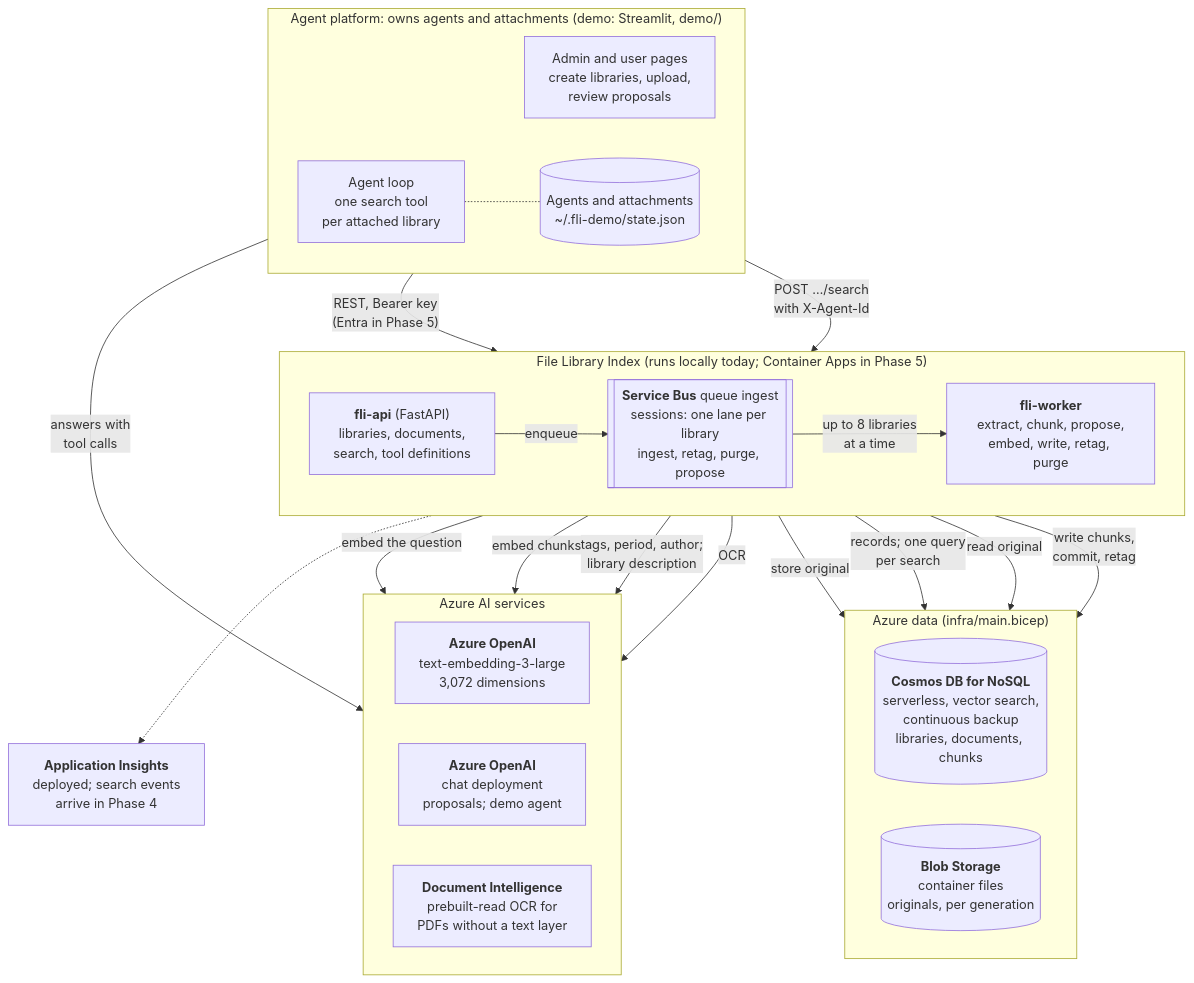
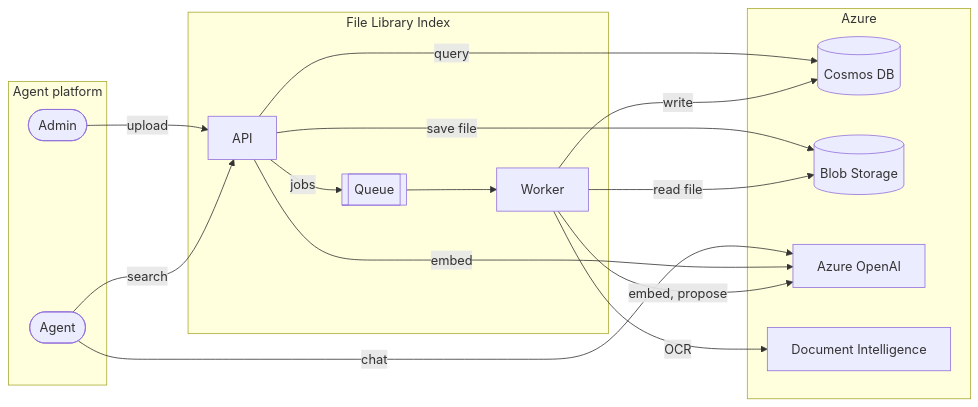
One commit to ASeabrook36/cosmos-based-file-libraries changed the third of 4 diagrams in README.md. Above: the diagram before and after it, drawn with Mermaid. The commit also changed other lines of this file, not shown here.

First line of the commit message:
README: simpler diagrams, details moved into tables

````diff
--- a/README.md
+++ b/README.md
@@ -114,49 +114,29 @@
 ```mermaid
-flowchart TB
-    subgraph platform["Agent platform: owns agents and attachments (demo: Streamlit, demo/)"]
-        direction LR
-        admin["Admin and user pages<br/>create libraries, upload,<br/>review proposals"]
-        agent["Agent loop<br/>one search tool<br/>per attached library"]
-        registry[("Agents and attachments<br/>~/.fli-demo/state.json")]
-        agent -.- registry
+flowchart LR
+    subgraph platform["Agent platform"]
+        admin([Admin])
+        agent([Agent])
     end
-
-    subgraph index["File Library Index (runs locally today; Container Apps in Phase 5)"]
-        direction LR
-        api["<b>fli-api</b> (FastAPI)<br/>libraries, documents,<br/>search, tool definitions"]
-        bus[["<b>Service Bus</b> queue ingest<br/>sessions: one lane per library<br/>ingest, retag, purge, propose"]]
-        worker["<b>fli-worker</b><br/>extract, chunk, propose,<br/>embed, write, retag, purge"]
-        api -- enqueue --> bus -- "up to 8 libraries<br/>at a time" --> worker
+    subgraph index["File Library Index"]
+        api["API"]
+        queue[["Queue"]]
+        worker["Worker"]
     end
-
-    subgraph data["Azure data (infra/main.bicep)"]
-        direction LR
-        cosmos[("<b>Cosmos DB for NoSQL</b><br/>serverless, vector search,<br/>continuous backup<br/>libraries, documents, chunks")]
-        blob[("<b>Blob Storage</b><br/>container files<br/>originals, per generation")]
+    subgraph azure["Azure"]
+        cosmos[("Cosmos DB")]
+        blob[("Blob Storage")]
+        openai["Azure OpenAI"]
+        ocr["Document Intelligence"]
     end
-
-    subgraph ai["Azure AI services"]
-        direction LR
-        embed["<b>Azure OpenAI</b><br/>text-embedding-3-large<br/>3,072 dimensions"]
-        chat["<b>Azure OpenAI</b><br/>chat deployment<br/>proposals; demo agent"]
-        ocr["<b>Document Intelligence</b><br/>prebuilt-read OCR for<br/>PDFs without a text layer"]
-    end
-
-    insights["<b>Application Insights</b><br/>deployed; search events<br/>arrive in Phase 4"]
-
-    admin -- "REST, Bearer key<br/>(Entra in Phase 5)" --> api
-    agent -- "POST …/search<br/>with X-Agent-Id" --> api
-    agent -- "answers with<br/>tool calls" --> chat
-
-    api -- "store original" --> blob
-    api -- "records; one query<br/>per search" --> cosmos
-    api -- "embed the question" --> embed
-
-    worker -- "read original" --> blob
-    worker -- "write chunks,<br/>commit, retag" --> cosmos
-    worker -- "embed chunks" --> embed
-    worker -- "tags, period, author;<br/>library description" --> chat
+    admin -- upload --> api
+    agent -- search --> api
+    agent -- chat --> openai
+    api -- jobs --> queue --> worker
+    api -- "save file" --> blob
+    api -- query --> cosmos
+    api -- embed --> openai
+    worker -- "read file" --> blob
+    worker -- "embed, propose" --> openai
     worker -- OCR --> ocr
-
-    api -.-> insights
+    worker -- write --> cosmos
 ```
````
